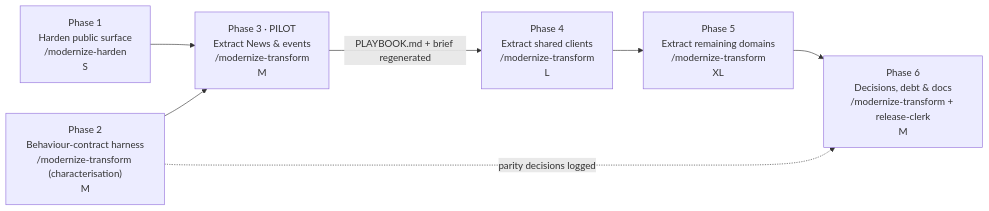
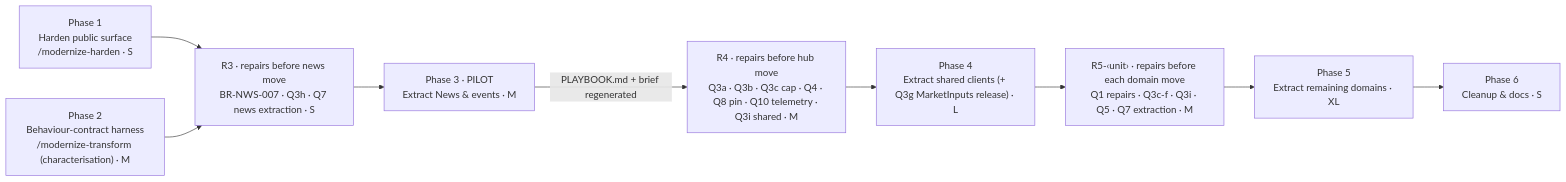
Before and after one commit to carnat/yahoo-finance-mcp: the second of 2 diagrams in analysis/yahoo-finance-mcp/MODERNIZATION_BRIEF.md, drawn with Mermaid. The commit also changed other lines of this file, not shown here.

First line of the commit message:
Brief v2: apply owner decisions, add correctness-repair stream

````diff
--- a/analysis/yahoo-finance-mcp/MODERNIZATION_BRIEF.md
+++ b/analysis/yahoo-finance-mcp/MODERNIZATION_BRIEF.md
@@ -118,15 +149,20 @@
 ```mermaid
 flowchart LR
-  P1["Phase 1<br/>Harden public surface<br/>/modernize-harden<br/>S"]
-  P2["Phase 2<br/>Behaviour-contract harness<br/>/modernize-transform (characterisation)<br/>M"]
-  P3["Phase 3 · PILOT<br/>Extract News & events<br/>/modernize-transform<br/>M"]
-  P4["Phase 4<br/>Extract shared clients<br/>/modernize-transform<br/>L"]
-  P5["Phase 5<br/>Extract remaining domains<br/>/modernize-transform<br/>XL"]
-  P6["Phase 6<br/>Decisions, debt & docs<br/>/modernize-transform + release-clerk<br/>M"]
-  P1 --> P3
-  P2 --> P3
-  P3 -->|"PLAYBOOK.md + brief regenerated"| P4
-  P4 --> P5
+  P1["Phase 1<br/>Harden public surface<br/>/modernize-harden · S"]
+  P2["Phase 2<br/>Behaviour-contract harness<br/>/modernize-transform (characterisation) · M"]
+  R3["R3 · repairs before news move<br/>BR-NWS-007 · Q3h · Q7 news extraction · S"]
+  P3["Phase 3 · PILOT<br/>Extract News & events · M"]
+  R4["R4 · repairs before hub move<br/>Q3a · Q3b · Q3c cap · Q4 · Q8 pin · Q10 telemetry · Q3i shared · M"]
+  P4["Phase 4<br/>Extract shared clients (+ Q3g MarketInputs release) · L"]
+  R5["R5-‹unit› · repairs before each domain move<br/>Q1 repairs · Q3c-f · Q3i · Q5 · Q7 extraction · M"]
+  P5["Phase 5<br/>Extract remaining domains · XL"]
+  P6["Phase 6<br/>Cleanup & docs · S"]
+  P1 --> R3
+  P2 --> R3
+  R3 --> P3
+  P3 -->|"PLAYBOOK.md + brief regenerated"| R4
+  R4 --> P4
+  P4 --> R5
+  R5 --> P5
   P5 --> P6
-  P2 -.->|"parity decisions logged"| P6
 ```
````
